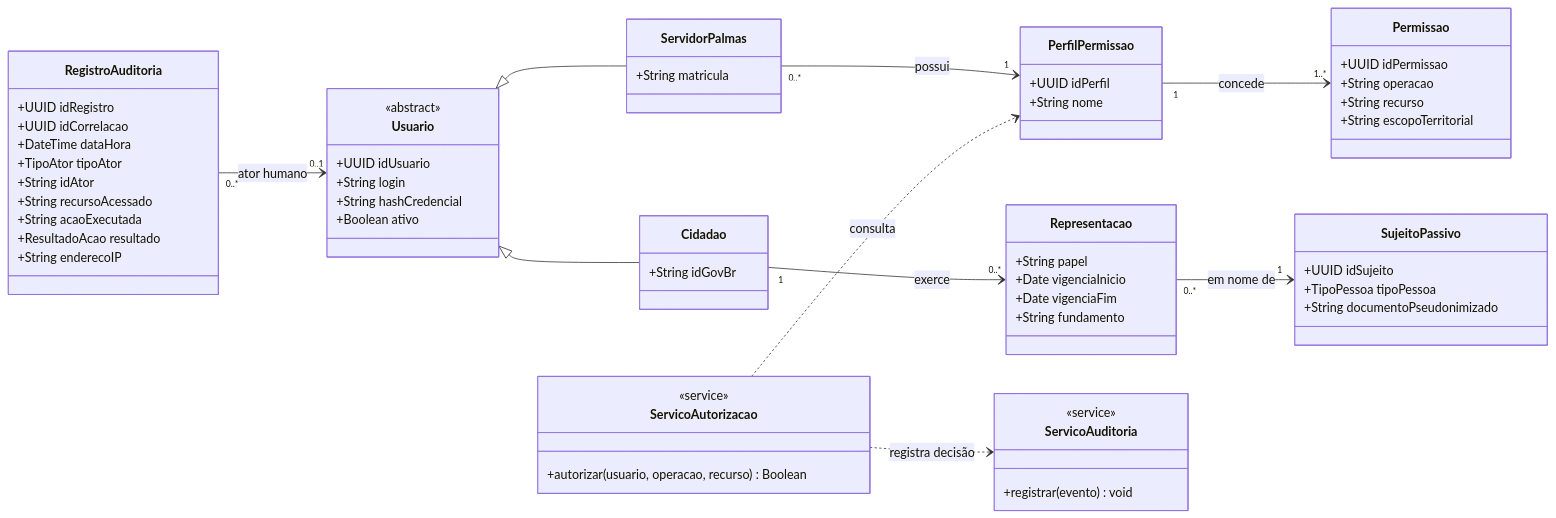
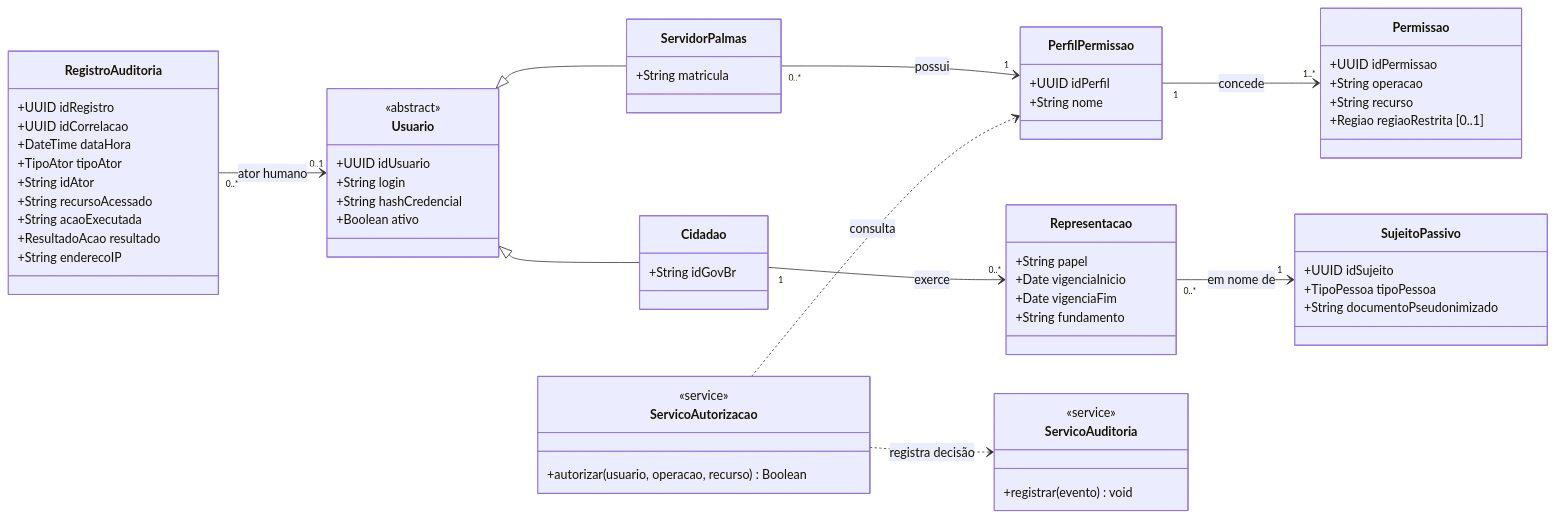
Before and after one commit to guilhermercmoraes-tech/PI2_Sprint2-Grupo-1-UFT: diagram 26 of 45 in docs/REQUISITOS_UML.md, drawn with Mermaid. The commit also changed other lines of this file and 23 other files, not shown here.

````diff
--- a/docs/REQUISITOS_UML.md
+++ b/docs/REQUISITOS_UML.md
@@ -745,67 +746,67 @@
 ```mermaid
 classDiagram
     direction LR
     class Usuario {
         <<abstract>>
         +UUID idUsuario
         +String login
         +String hashCredencial
         +Boolean ativo
     }
     class ServidorPalmas {
         +String matricula
     }
     class Cidadao {
         +String idGovBr
     }
     class PerfilPermissao {
         +UUID idPerfil
         +String nome
     }
     class Permissao {
         +UUID idPermissao
         +String operacao
         +String recurso
-        +String escopoTerritorial
+        +Regiao regiaoRestrita [0..1]
     }
     class Representacao {
         +String papel
         +Date vigenciaInicio
         +Date vigenciaFim
         +String fundamento
     }
     class SujeitoPassivo {
         +UUID idSujeito
         +TipoPessoa tipoPessoa
         +String documentoPseudonimizado
     }
     class RegistroAuditoria {
         +UUID idRegistro
         +UUID idCorrelacao
         +DateTime dataHora
         +TipoAtor tipoAtor
         +String idAtor
         +String recursoAcessado
         +String acaoExecutada
         +ResultadoAcao resultado
         +String enderecoIP
     }
     class ServicoAutorizacao {
         <<service>>
         +autorizar(usuario, operacao, recurso) Boolean
     }
     class ServicoAuditoria {
         <<service>>
         +registrar(evento) void
     }
 
     Usuario <|-- ServidorPalmas
     Usuario <|-- Cidadao
     ServidorPalmas "0..*" --> "1" PerfilPermissao : possui
     PerfilPermissao "1" --> "1..*" Permissao : concede
     Cidadao "1" --> "0..*" Representacao : exerce
     Representacao "0..*" --> "1" SujeitoPassivo : em nome de
     RegistroAuditoria "0..*" --> "0..1" Usuario : ator humano
     ServicoAutorizacao ..> PerfilPermissao : consulta
     ServicoAutorizacao ..> ServicoAuditoria : registra decisão
 ```
````
